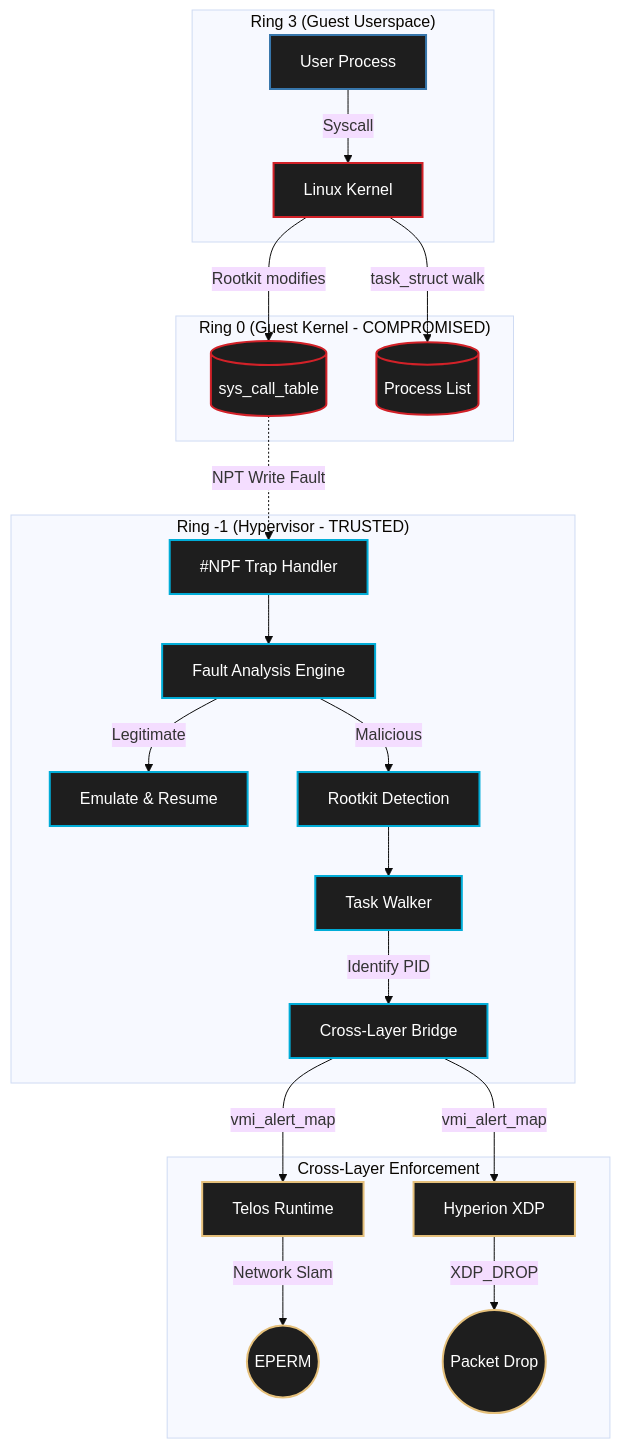
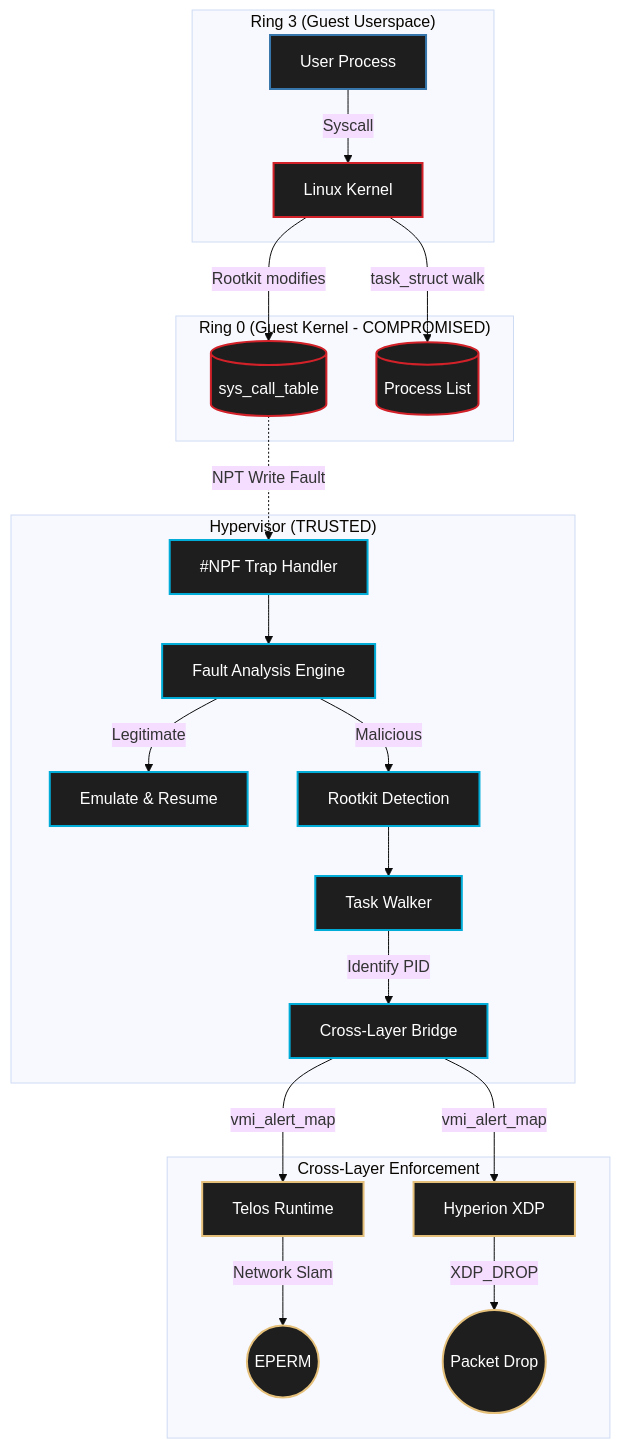
Before and after one commit to nevinshine/sentinel-vmi: the diagram in README.md, drawn with Mermaid (base theme). The commit also changed other lines of this file and 49 other files, not shown here.

````diff
--- a/README.md
+++ b/README.md
@@ -39,37 +50,37 @@
 ```mermaid
 graph TD
     classDef userSpace fill:#1e1e1e,stroke:#3776AB,stroke-width:2px,color:#fff
     classDef kernelSpace fill:#1e1e1e,stroke:#D22128,stroke-width:2px,color:#fff
     classDef hyperSpace fill:#1e1e1e,stroke:#00ADD8,stroke-width:2px,color:#fff
     classDef bridgeSpace fill:#1e1e1e,stroke:#E5C07B,stroke-width:2px,color:#fff
 
     subgraph Ring_3 ["Ring 3 (Guest Userspace)"]
         A["User Process"] -->|Syscall| K
     end
 
     subgraph Ring_0 ["Ring 0 (Guest Kernel - COMPROMISED)"]
         K["Linux Kernel"] -->|Rootkit modifies| SCT[("sys_call_table")]
         K -->|task_struct walk| TASKS[("Process List")]
     end
 
-    subgraph Ring_Minus1 ["Ring -1 (Hypervisor - TRUSTED)"]
+    subgraph Ring_Minus1 ["Hypervisor (TRUSTED)"]
         SCT -.->|NPT Write Fault| NPF["#NPF Trap Handler"]
         NPF --> ANALYSIS["Fault Analysis Engine"]
         ANALYSIS -->|Legitimate| EMULATE["Emulate & Resume"]
         ANALYSIS -->|Malicious| DETECT["Rootkit Detection"]
         DETECT --> WALKER["Task Walker"]
         WALKER -->|Identify PID| BRIDGE["Cross-Layer Bridge"]
     end
 
     subgraph Cross_Layer ["Cross-Layer Enforcement"]
         BRIDGE -->|vmi_alert_map| TELOS["Telos Runtime"]
         BRIDGE -->|vmi_alert_map| XDP["Hyperion XDP"]
         TELOS -->|Network Slam| BLOCK1(("EPERM"))
         XDP -->|XDP_DROP| BLOCK2(("Packet Drop"))
     end
 
     class A userSpace
     class K,SCT,TASKS kernelSpace
     class NPF,ANALYSIS,EMULATE,DETECT,WALKER,BRIDGE hyperSpace
     class TELOS,XDP,BLOCK1,BLOCK2 bridgeSpace
 ```
````
